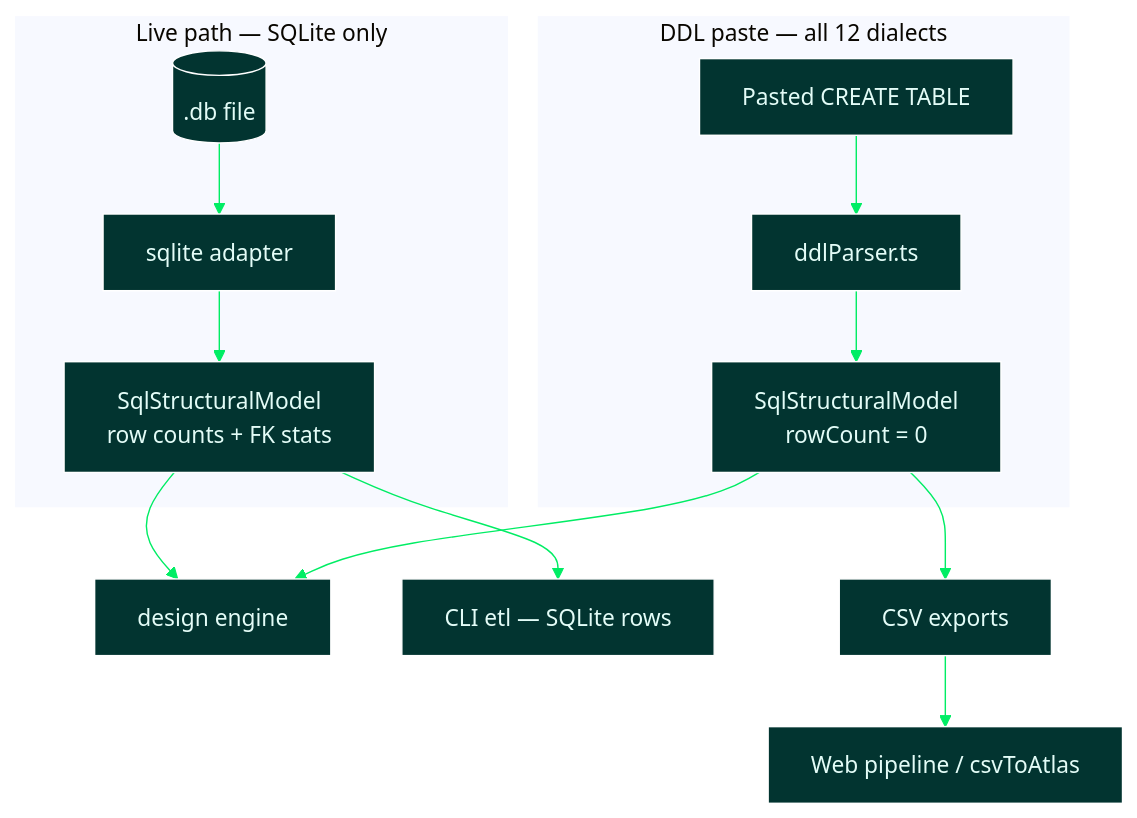
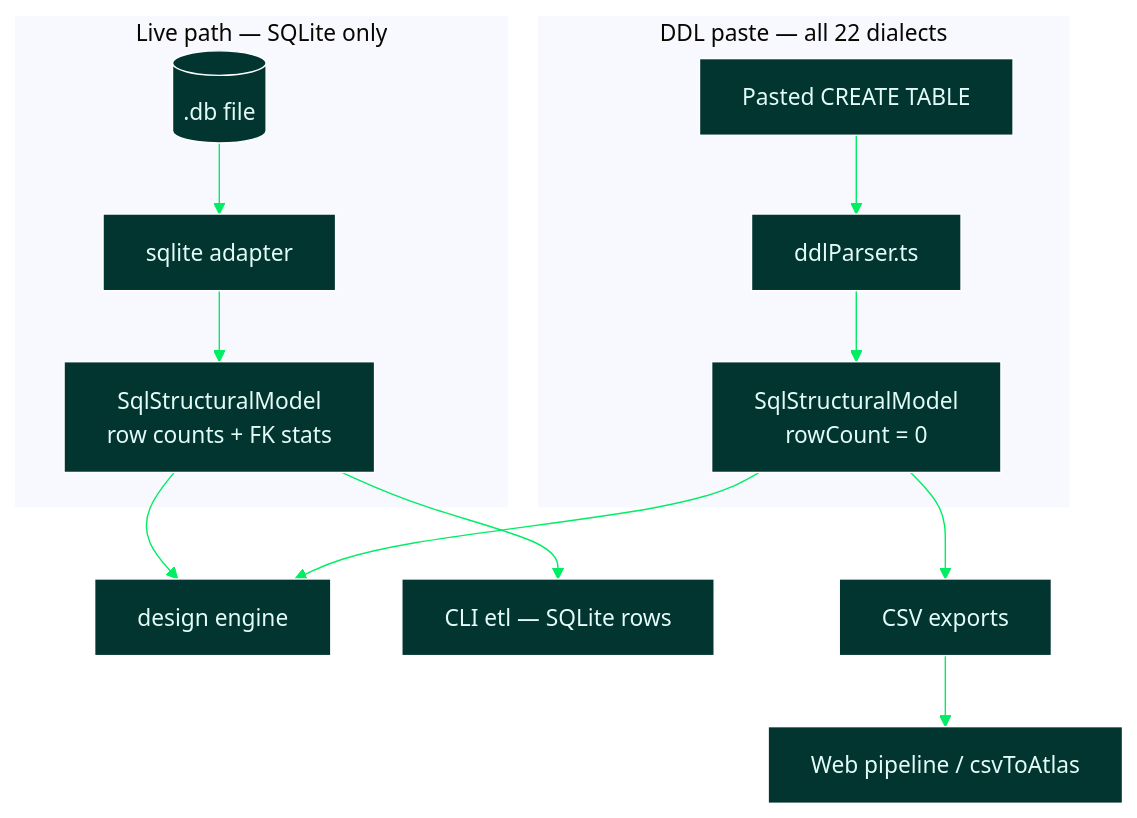
The diagram in docs/18-sql-dialects.md (7erry/hvyMETL), drawn with Mermaid before and after one commit. The commit also changed other lines of this file and 11 other files, not shown here.

First line of the commit message:
Add ten warehouse and OLTP DDL import dialects.

````diff
--- a/docs/18-sql-dialects.md
+++ b/docs/18-sql-dialects.md
@@ -49,17 +59,17 @@
 ```mermaid
 %%{init:{"theme":"base","themeVariables":{"darkMode":true,"background":"#001E2B","mainBkg":"#023430","primaryTextColor":"#E3FCF7","lineColor":"#00ED64","textColor":"#E3FCF7"}}}%%
 flowchart TB
     subgraph live [Live path — SQLite only]
         FILE[(.db file)] --> ADAPTER[sqlite adapter]
         ADAPTER --> MODEL[SqlStructuralModel<br/>row counts + FK stats]
     end
-    subgraph ddl [DDL paste — all 12 dialects]
+    subgraph ddl [DDL paste — all 22 dialects]
         PASTE[Pasted CREATE TABLE] --> PARSER[ddlParser.ts]
         PARSER --> MODEL2[SqlStructuralModel<br/>rowCount = 0]
     end
     MODEL --> DESIGN[design engine]
     MODEL2 --> DESIGN
     MODEL --> ETL_CLI[CLI etl — SQLite rows]
     MODEL2 --> CSV[CSV exports]
     CSV --> PIPELINE[Web pipeline / csvToAtlas]
 ```
````
